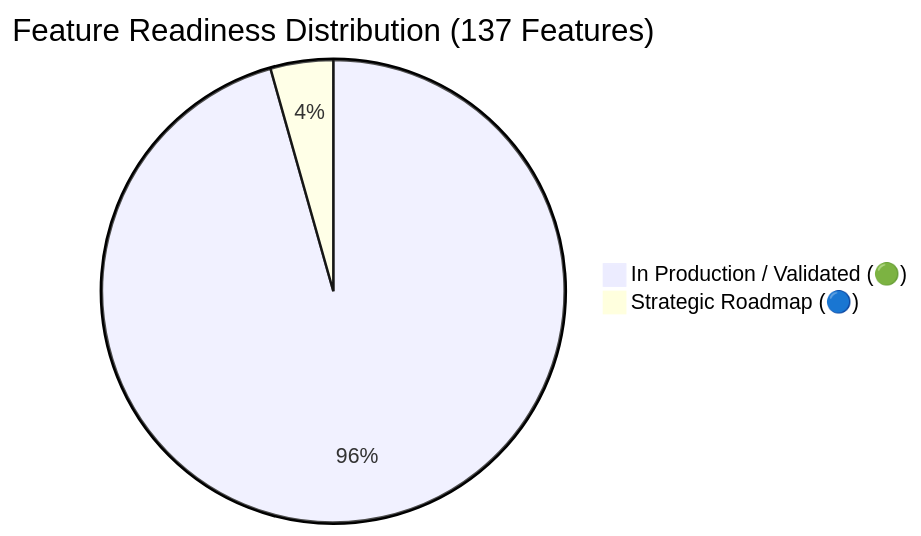
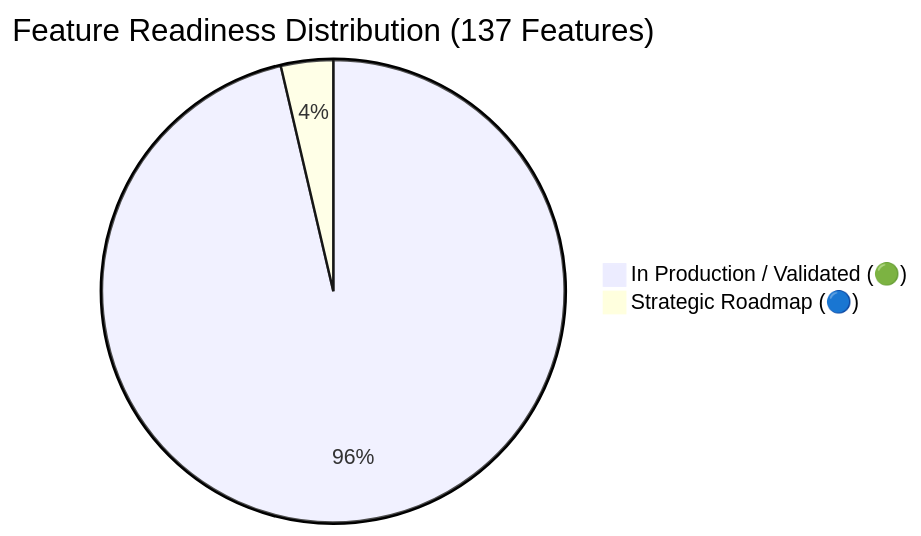
Before and after one commit to 7H3-PR073C70R/kortex: the first of 2 diagrams in docs/FEATURES.md, drawn with Mermaid. The commit also changed other lines of this file and 16 other files, not shown here.

````diff
--- a/docs/FEATURES.md
+++ b/docs/FEATURES.md
@@ -21,5 +21,5 @@
 ```mermaid
 pie title Feature Readiness Distribution (137 Features)
-    "In Production / Validated (🟢)" : 131
-    "Strategic Roadmap (🔵)" : 6
+    "In Production / Validated (🟢)" : 132
+    "Strategic Roadmap (🔵)" : 5
 ```
````
